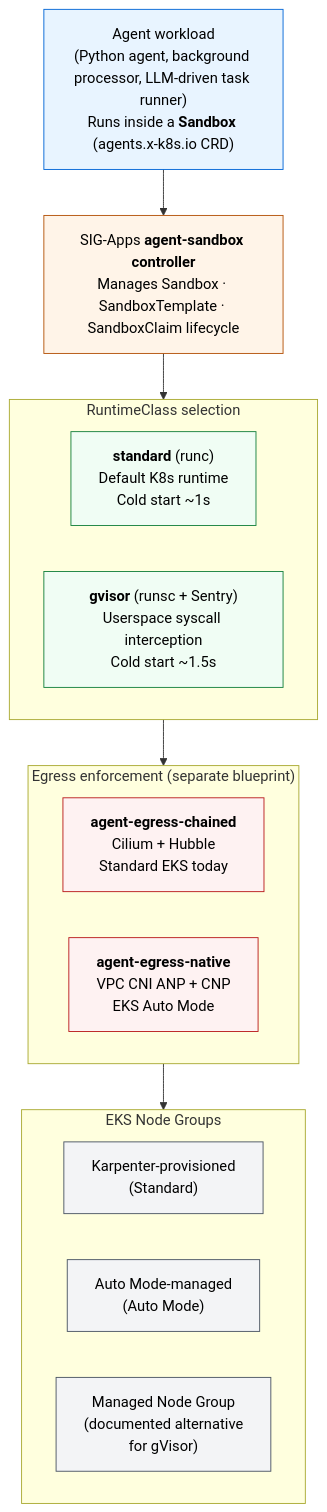
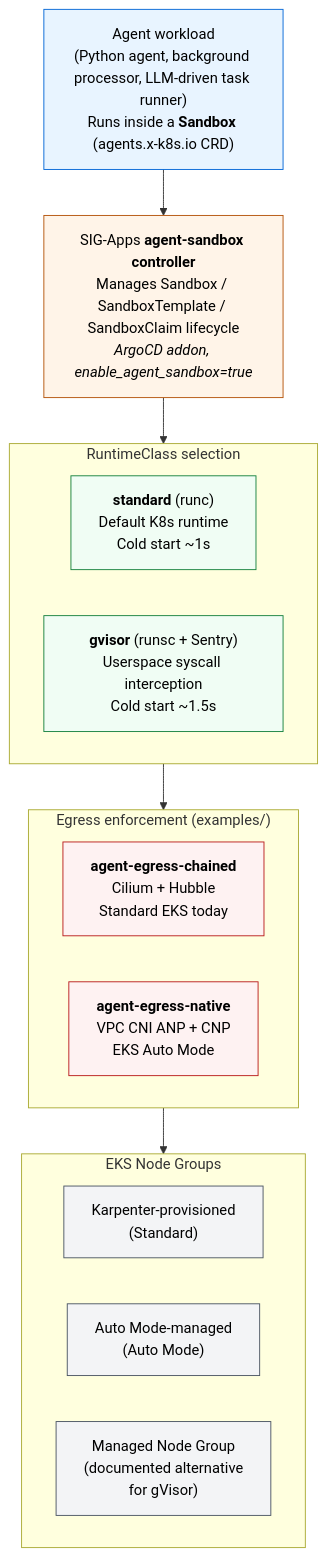
The diagram in infra/solutions/agent-sandbox/README.md (awslabs/ai-on-eks), drawn with Mermaid before and after one commit. The commit also changed other lines of this file and 3 other files, not shown here.

First line of the commit message:
docs(agent-sandbox): rewrite READMEs to match solutions prose convention

````diff
--- a/infra/solutions/agent-sandbox/README.md
+++ b/infra/solutions/agent-sandbox/README.md
@@ -24,36 +35,36 @@
 ```mermaid
 flowchart TB
     classDef workload fill:#e8f4ff,stroke:#0366d6,color:#000
     classDef controller fill:#fff4e8,stroke:#b45309,color:#000
     classDef runtime fill:#f0fdf4,stroke:#15803d,color:#000
     classDef egress fill:#fef2f2,stroke:#b91c1c,color:#000
     classDef node fill:#f3f4f6,stroke:#4b5563,color:#000
 
     A["Agent workload<br/>(Python agent, background processor, LLM-driven task runner)<br/>Runs inside a <b>Sandbox</b> (agents.x-k8s.io CRD)"]:::workload
 
-    B["SIG-Apps <b>agent-sandbox controller</b><br/>Manages Sandbox · SandboxTemplate · SandboxClaim lifecycle"]:::controller
+    B["SIG-Apps <b>agent-sandbox controller</b><br/>Manages Sandbox / SandboxTemplate / SandboxClaim lifecycle<br/><i>ArgoCD addon, enable_agent_sandbox=true</i>"]:::controller
 
     subgraph C["RuntimeClass selection"]
         direction LR
         C1["<b>standard</b> (runc)<br/>Default K8s runtime<br/>Cold start ~1s"]:::runtime
         C2["<b>gvisor</b> (runsc + Sentry)<br/>Userspace syscall interception<br/>Cold start ~1.5s"]:::runtime
     end
 
-    subgraph D["Egress enforcement (separate blueprint)"]
+    subgraph D["Egress enforcement (examples/)"]
         direction LR
         D1["<b>agent-egress-chained</b><br/>Cilium + Hubble<br/>Standard EKS today"]:::egress
         D2["<b>agent-egress-native</b><br/>VPC CNI ANP + CNP<br/>EKS Auto Mode"]:::egress
     end
 
     subgraph E["EKS Node Groups"]
         direction LR
         E1["Karpenter-provisioned<br/>(Standard)"]:::node
         E2["Auto Mode-managed<br/>(Auto Mode)"]:::node
         E3["Managed Node Group<br/>(documented alternative<br/>for gVisor)"]:::node
     end
 
     A --> B
     B --> C
     C --> D
     D --> E
 ```
````
